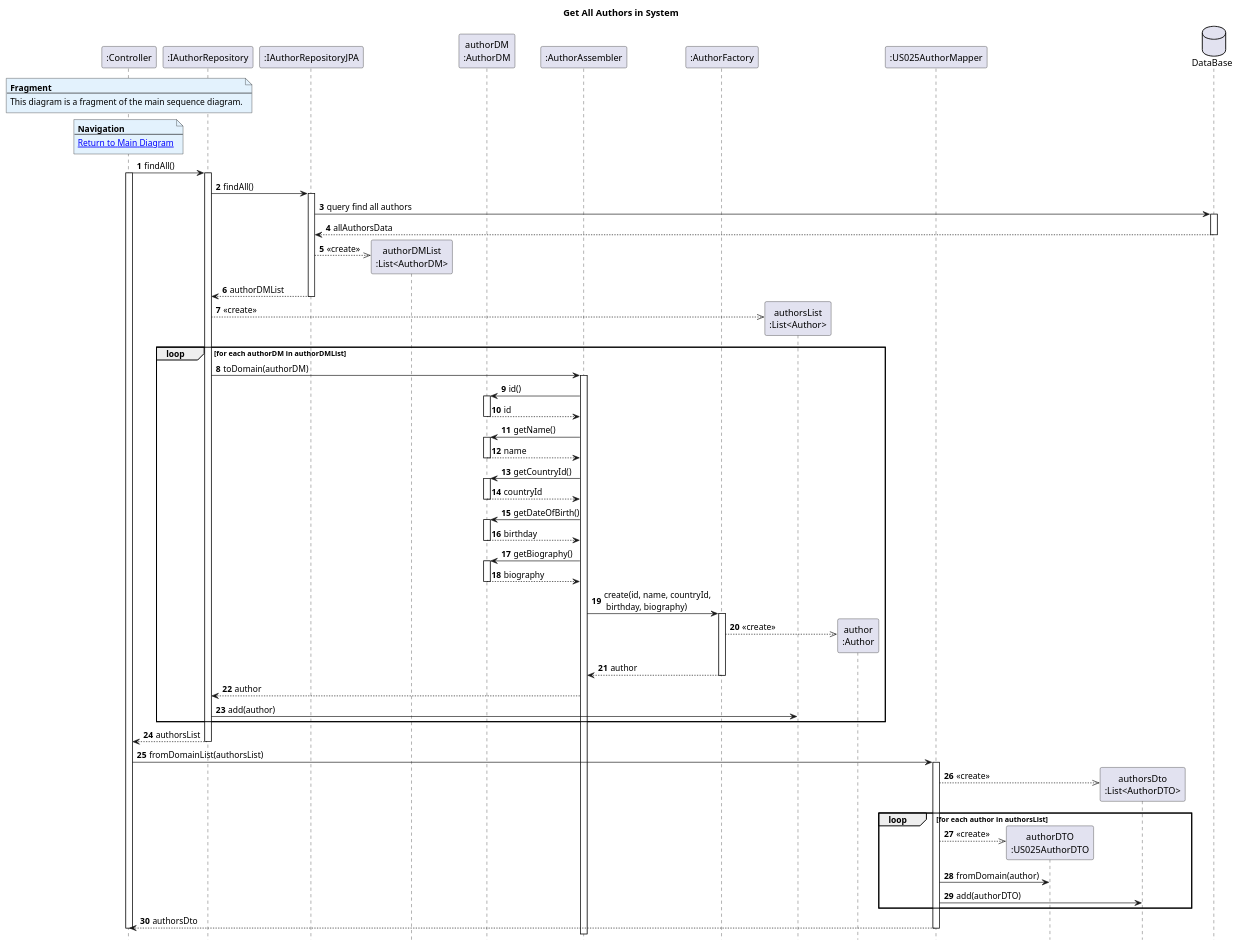
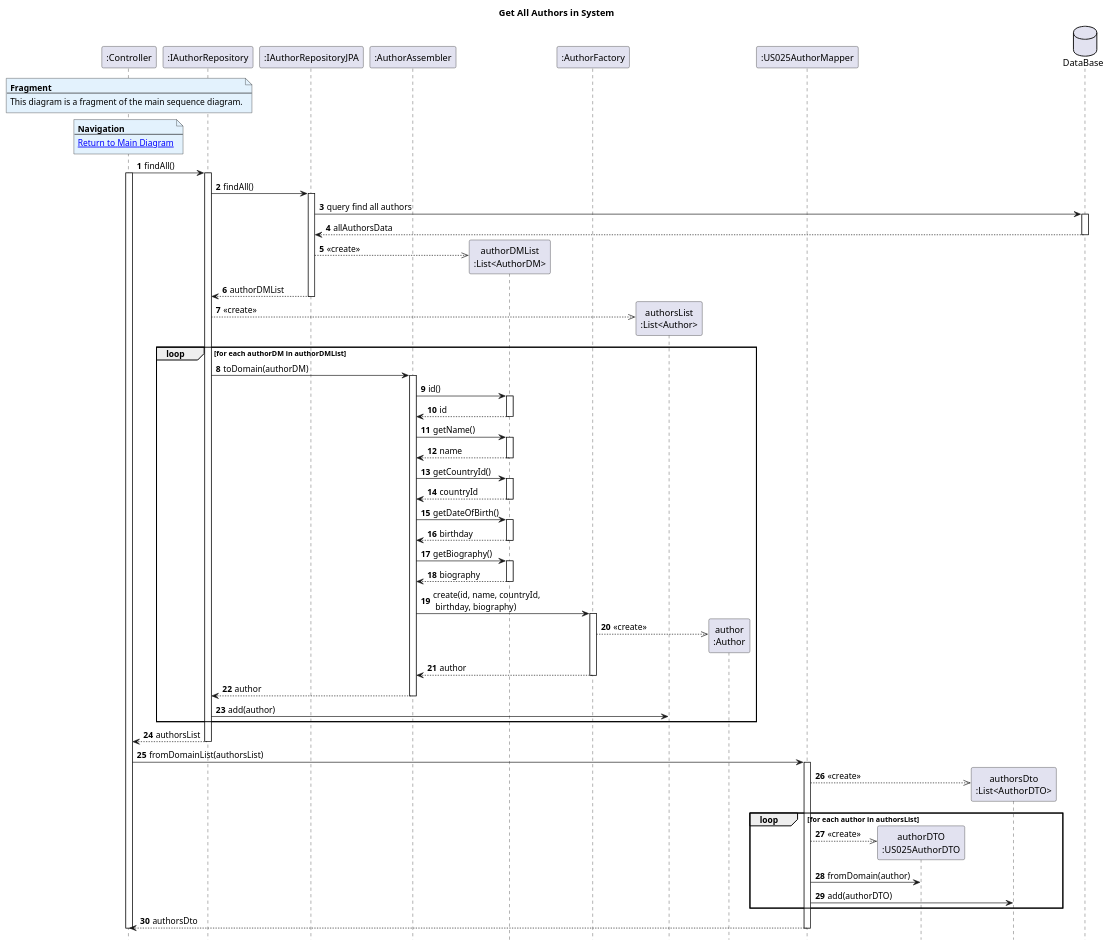
One commit to AndrePereiraGitH/SWitCH-Project-Team_A changed the diagram in Diagrams/SequenceDiagrams/N2/To-get-the-list-of-items-on-direct-sale-of-a-given-author/2.GetAllAuthors.puml. Above: the diagram before and after it, drawn with PlantUML. The commit also changed 3 other files, not shown here.

```diff
--- a/Diagrams/SequenceDiagrams/N2/To-get-the-list-of-items-on-direct-sale-of-a-given-author/2.GetAllAuthors.puml
+++ b/Diagrams/SequenceDiagrams/N2/To-get-the-list-of-items-on-direct-sale-of-a-given-author/2.GetAllAuthors.puml
@@ -1,108 +1,108 @@
 @startuml
 hide footbox
 autonumber
 title Get All Authors in System
 
 participant ":Controller" as ctrl
 participant ":IAuthorRepository" as authorRepo
 participant ":IAuthorRepositoryJPA" as authorRepoJpa
+participant ":AuthorAssembler" as authorAssembler
 participant "authorDMList\n:List<AuthorDM>" as authorDMList
-participant "authorDM\n:AuthorDM" as authorDM
-participant ":AuthorAssembler" as authorAssembler
 participant ":AuthorFactory" as authorFactory
 participant "authorsList\n:List<Author>" as authorsList
 participant "author\n:Author" as author
 participant ":US025AuthorMapper" as AuthorMapper
 participant "authorDTO\n:US025AuthorDTO" as AuthorDTO
 participant "authorsDto\n:List<AuthorDTO>" as AuthorsListDto
 database "DataBase" as db
 
 note over ctrl #E3F2FD
 <b>Fragment</b>
 ---
 This diagram is a fragment of the main sequence diagram.
 end note
 
 note over ctrl #E3F2FD
 <b>Navigation</b>
 ---
 [[1.MainDiagram.puml Return to Main Diagram]]
 end note
 
 ctrl -> authorRepo : findAll()
 activate ctrl
 activate authorRepo
 
 authorRepo -> authorRepoJpa : findAll()
 activate authorRepoJpa
 authorRepoJpa -> db : query find all authors
 activate db
 db --> authorRepoJpa : allAuthorsData
 deactivate db
 authorRepoJpa -->> authorDMList ** : <<create>>
 authorRepoJpa --> authorRepo : authorDMList
 deactivate authorRepoJpa
 
 authorRepo -->> authorsList ** : <<create>>
 
 loop for each authorDM in authorDMList
 
     authorRepo -> authorAssembler : toDomain(authorDM)
     activate authorAssembler
 
-    authorAssembler -> authorDM : id()
-    activate authorDM
-    authorDM --> authorAssembler : id
-    deactivate authorDM
+    authorAssembler -> authorDMList : id()
+    activate authorDMList
+    authorDMList --> authorAssembler : id
+    deactivate authorDMList
 
-    authorAssembler -> authorDM : getName()
-    activate authorDM
-    authorDM --> authorAssembler : name
-    deactivate authorDM
+    authorAssembler -> authorDMList : getName()
+    activate authorDMList
+    authorDMList --> authorAssembler : name
+    deactivate authorDMList
 
-    authorAssembler -> authorDM : getCountryId()
-    activate authorDM
-    authorDM --> authorAssembler : countryId
-    deactivate authorDM
+    authorAssembler -> authorDMList : getCountryId()
+    activate authorDMList
+    authorDMList --> authorAssembler : countryId
+    deactivate authorDMList
 
-    authorAssembler -> authorDM : getDateOfBirth()
-    activate authorDM
-    authorDM --> authorAssembler : birthday
-    deactivate authorDM
+    authorAssembler -> authorDMList : getDateOfBirth()
+    activate authorDMList
+    authorDMList --> authorAssembler : birthday
+    deactivate authorDMList
 
-    authorAssembler -> authorDM : getBiography()
-    activate authorDM
-    authorDM --> authorAssembler : biography
-    deactivate authorDM
+    authorAssembler -> authorDMList : getBiography()
+    activate authorDMList
+    authorDMList --> authorAssembler : biography
+    deactivate authorDMList
 
     authorAssembler -> authorFactory : create(id, name, countryId,\n birthday, biography)
     activate authorFactory
 
     authorFactory -->> author ** : <<create>>
     authorFactory --> authorAssembler : author
     deactivate authorFactory
 
     authorAssembler --> authorRepo : author
+    deactivate authorAssembler
 
     authorRepo -> authorsList : add(author)
 
 end loop
 
 authorRepo --> ctrl : authorsList
 deactivate authorRepo
 
 ctrl -> AuthorMapper : fromDomainList(authorsList)
 activate AuthorMapper
 AuthorMapper -->> AuthorsListDto ** : <<create>>
 
 loop for each author in authorsList
     AuthorMapper -->> AuthorDTO ** : <<create>>
     AuthorMapper -> AuthorDTO : fromDomain(author)
     AuthorMapper -> AuthorsListDto : add(authorDTO)
 end
 
 AuthorMapper --> ctrl : authorsDto
 deactivate AuthorMapper
 
 deactivate ctrl
 @enduml
```
